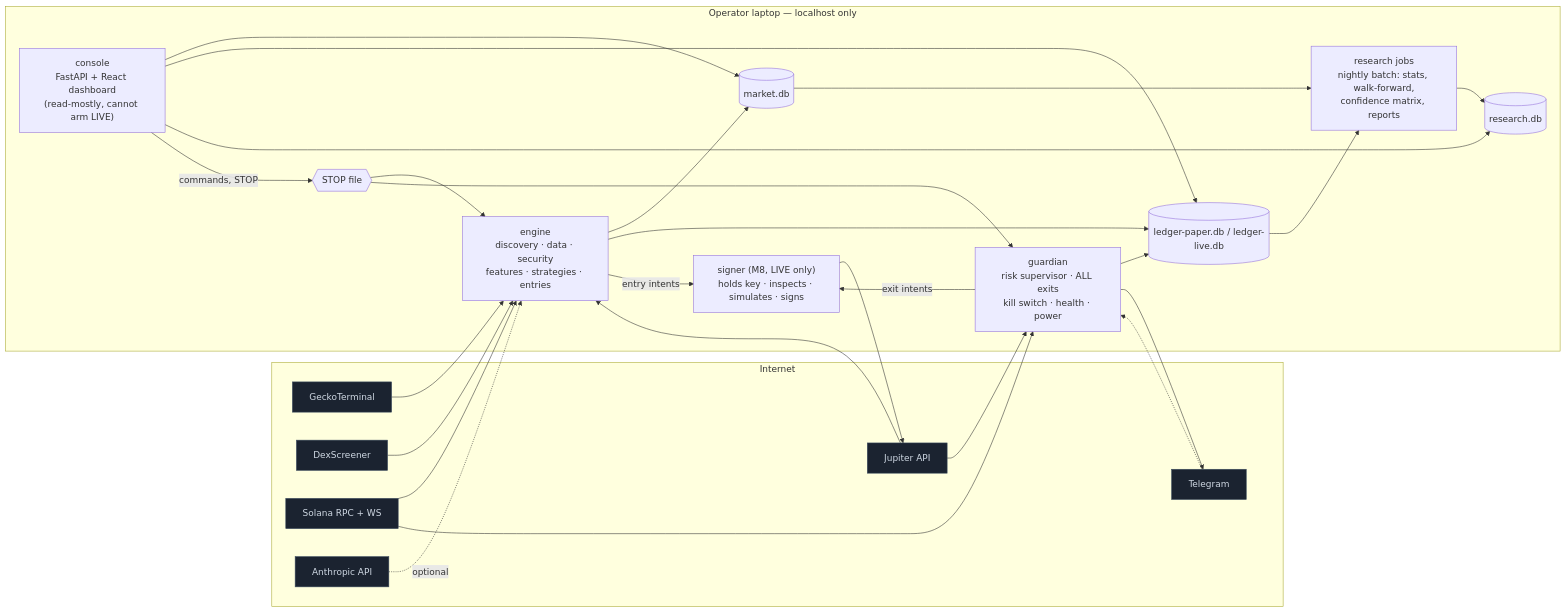
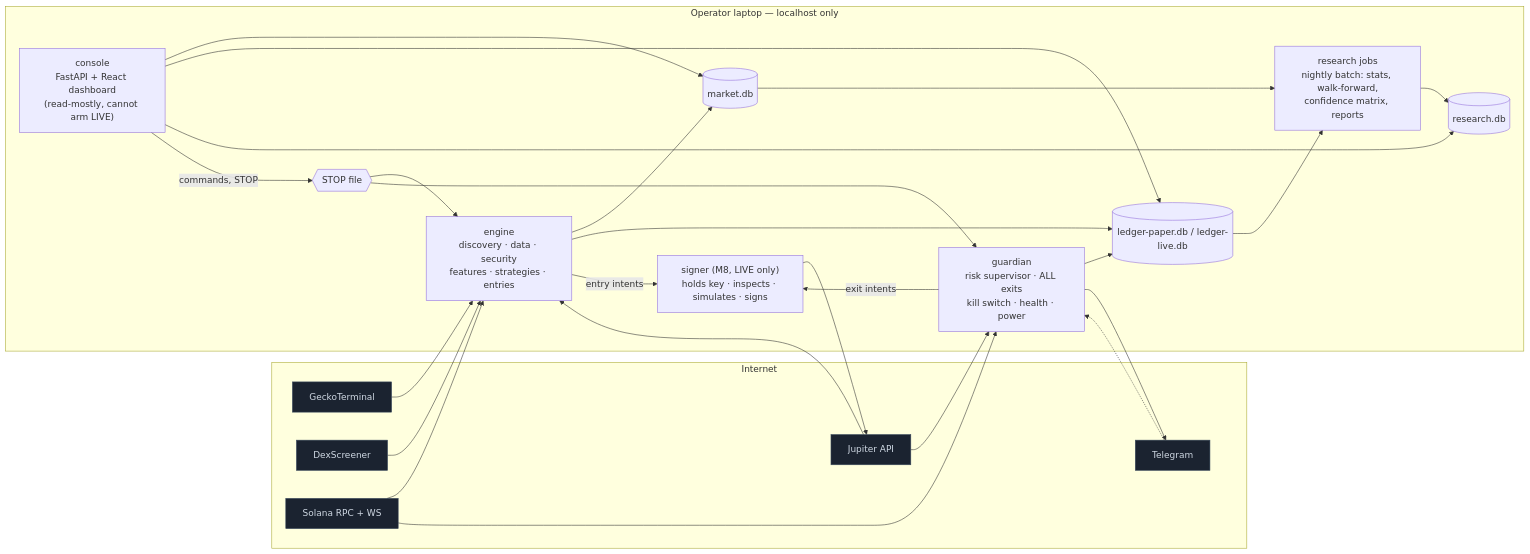
One commit to cahptions/cryptomfappdawg changed the diagram in PLAN.md. Above: the diagram before and after it, drawn with Mermaid. The commit also changed other lines of this file and 5 other files, not shown here.

````diff
--- a/PLAN.md
+++ b/PLAN.md
@@ -155,40 +155,38 @@
 ```mermaid
 flowchart LR
   subgraph Internet
     GT[GeckoTerminal]:::p
     DS[DexScreener]:::p
     JUP[Jupiter API]:::p
     RPC[Solana RPC + WS]:::p
-    ANT[Anthropic API]:::p
     TG[Telegram]:::p
   end
 
   subgraph Laptop[Operator laptop — localhost only]
     ENG["engine<br/>discovery · data · security<br/>features · strategies · entries"]
     GRD["guardian<br/>risk supervisor · ALL exits<br/>kill switch · health · power"]
     CON["console<br/>FastAPI + React dashboard<br/>(read-mostly, cannot arm LIVE)"]
     RES["research jobs<br/>nightly batch: stats, walk-forward,<br/>confidence matrix, reports"]
     SIG["signer (M8, LIVE only)<br/>holds key · inspects · simulates · signs"]
     MDB[(market.db)]
     LDB[(ledger-paper.db / ledger-live.db)]
     RDB[(research.db)]
     STOP{{STOP file}}
   end
 
   GT & DS & JUP & RPC --> ENG
   JUP & RPC --> GRD
-  ANT -.optional.-> ENG
   ENG --> MDB & LDB
   GRD --> LDB
   GRD --> TG
   TG -.-> GRD
   RES --> RDB
   MDB & LDB --> RES
   CON --> MDB & LDB & RDB
   CON -->|commands, STOP| STOP
   STOP --> ENG & GRD
   GRD -->|exit intents| SIG
   ENG -->|entry intents| SIG
   SIG --> JUP
   classDef p fill:#1b2330,stroke:#3a4a5e,color:#cfd8e3;
 ```
````
